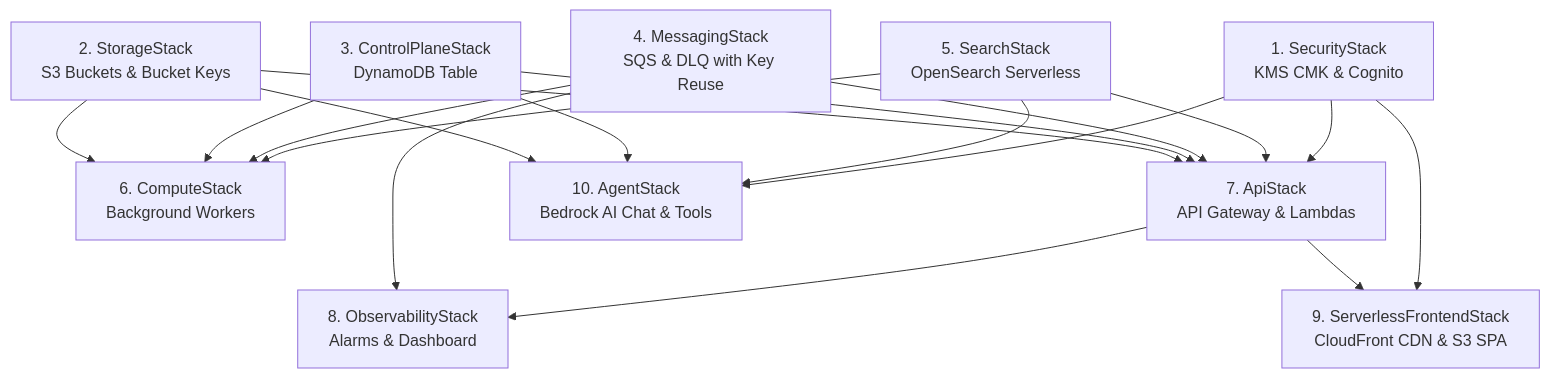
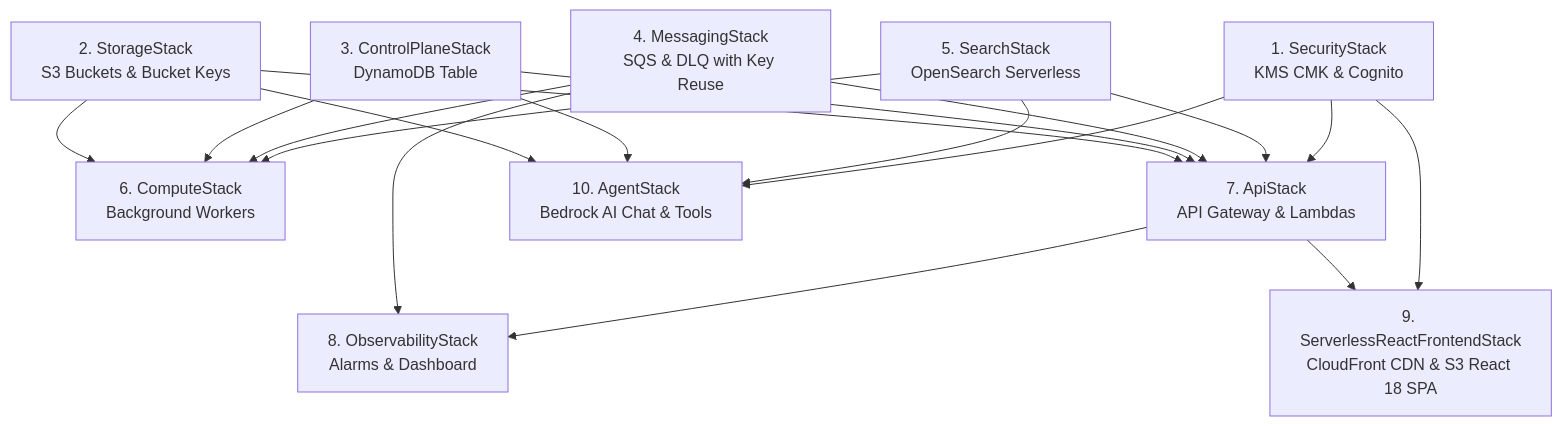
Diagram 24 of 24 in SOLUTION_ARCHITECTURE_SPECIFICATION.md (peydan/aws-doc-management-system), drawn with Mermaid before and after one commit. The commit also changed 23 other files, not shown here.

First line of the commit message:
refactor(frontend): retire legacy vanilla JS UI in favor of React 18 SPA

````diff
--- a/SOLUTION_ARCHITECTURE_SPECIFICATION.md
+++ b/SOLUTION_ARCHITECTURE_SPECIFICATION.md
@@ -1600,30 +1600,30 @@
 ```mermaid
 graph TD
   SecurityStack[1. SecurityStack<br/>KMS CMK & Cognito]
   StorageStack[2. StorageStack<br/>S3 Buckets & Bucket Keys]
   ControlPlaneStack[3. ControlPlaneStack<br/>DynamoDB Table]
   MessagingStack[4. MessagingStack<br/>SQS & DLQ with Key Reuse]
   SearchStack[5. SearchStack<br/>OpenSearch Serverless]
 
   StorageStack --> ComputeStack[6. ComputeStack<br/>Background Workers]
   ControlPlaneStack --> ComputeStack
   MessagingStack --> ComputeStack
   SearchStack --> ComputeStack
 
   StorageStack --> ApiStack[7. ApiStack<br/>API Gateway & Lambdas]
   ControlPlaneStack --> ApiStack
   MessagingStack --> ApiStack
   SearchStack --> ApiStack
   SecurityStack --> ApiStack
 
   MessagingStack --> ObservabilityStack[8. ObservabilityStack<br/>Alarms & Dashboard]
   ApiStack --> ObservabilityStack
 
-  ApiStack --> FrontendStack[9. ServerlessFrontendStack<br/>CloudFront CDN & S3 SPA]
+  ApiStack --> FrontendStack[9. ServerlessReactFrontendStack<br/>CloudFront CDN & S3 React 18 SPA]
   SecurityStack --> FrontendStack
 
   StorageStack --> AgentStack[10. AgentStack<br/>Bedrock AI Chat & Tools]
   ControlPlaneStack --> AgentStack
   SearchStack --> AgentStack
   SecurityStack --> AgentStack
 ```
````
